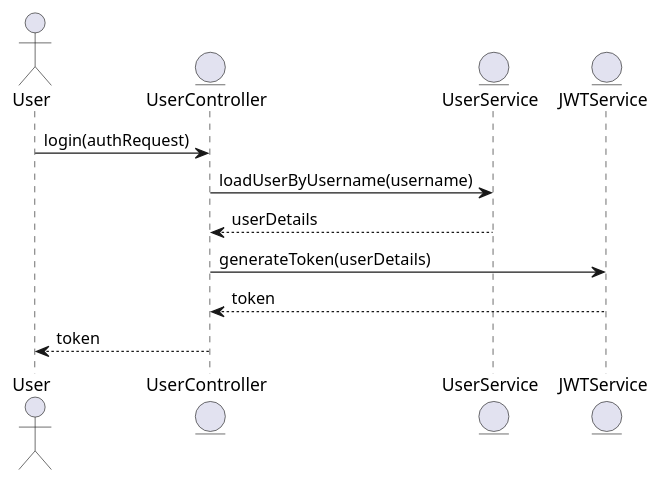
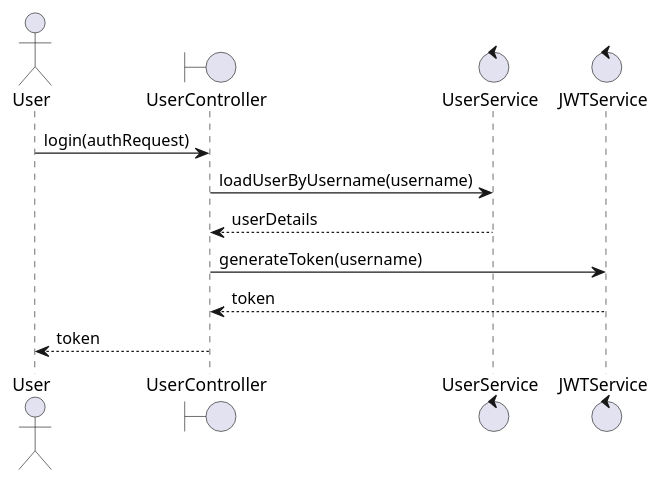
The second of 6 diagrams in identityprovider/documentation/detaileddesign.adoc (Dinesh-s95/AutoDoc.ai), drawn with PlantUML before and after one commit. The commit also changed other lines of this file and 4 other files, not shown here.

```diff
--- a/identityprovider/documentation/detaileddesign.adoc
+++ b/identityprovider/documentation/detaileddesign.adoc
@@ -316,16 +340,16 @@
-[plantuml, authentication-login-flow, png]
+[plantuml, authentication-flow, png]
 ----
 @startuml
 actor User
-entity UserController
-entity UserService
-entity JWTService
+boundary UserController
+control UserService
+control JWTService
 
 User -> UserController : login(authRequest)
 UserController -> UserService : loadUserByUsername(username)
 UserService --> UserController : userDetails
-UserController -> JWTService : generateToken(userDetails)
+UserController -> JWTService : generateToken(username)
 JWTService --> UserController : token
 UserController --> User : token
 @enduml
 ----
```
